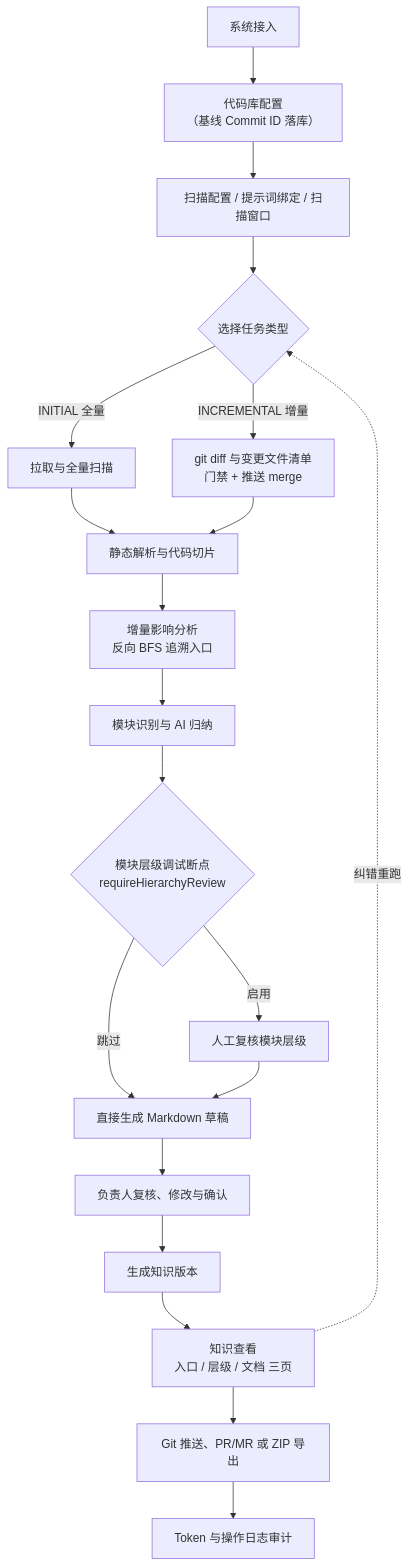
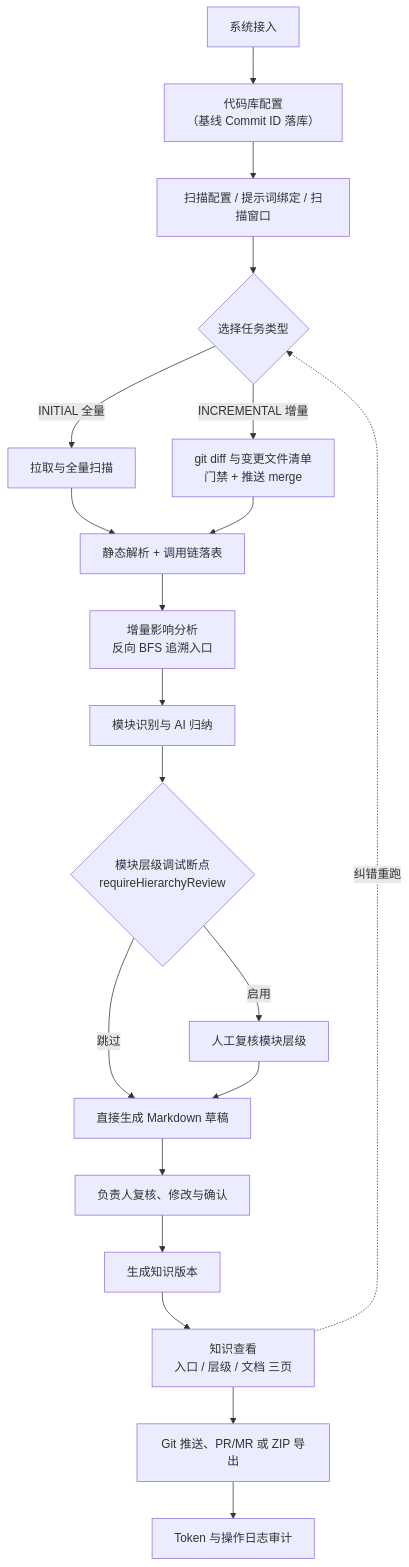
The diagram in README.md (sky244720347/CodeInsightPlatform), drawn with Mermaid before and after one commit. The commit also changed other lines of this file and 76 other files, not shown here.

````diff
--- a/README.md
+++ b/README.md
@@ -29,22 +29,22 @@
 ```mermaid
 flowchart TD
     A["系统接入"] --> B["代码库配置<br/>（基线 Commit ID 落库）"]
     B --> B2["扫描配置 / 提示词绑定 / 扫描窗口"]
     B2 --> C{"选择任务类型"}
     C -- "INITIAL 全量" --> E["拉取与全量扫描"]
     C -- "INCREMENTAL 增量" --> E2["git diff 与变更文件清单<br/>门禁 + 推送 merge"]
-    E --> F["静态解析与代码切片"]
+    E --> F["静态解析 + 调用链落表"]
     E2 --> F
     F --> F0["增量影响分析<br/>反向 BFS 追溯入口"]
     F0 --> G["模块识别与 AI 归纳"]
     G --> H{"模块层级调试断点<br/>requireHierarchyReview"}
     H -- "启用" --> I["人工复核模块层级"]
     H -- "跳过" --> J["直接生成 Markdown 草稿"]
     I --> J
     J --> K["负责人复核、修改与确认"]
     K --> L["生成知识版本"]
     L --> L2["知识查看<br/>入口 / 层级 / 文档 三页"]
     L2 --> M["Git 推送、PR/MR 或 ZIP 导出"]
     L2 -.纠错重跑.-> C
     M --> N["Token 与操作日志审计"]
 ```
````
